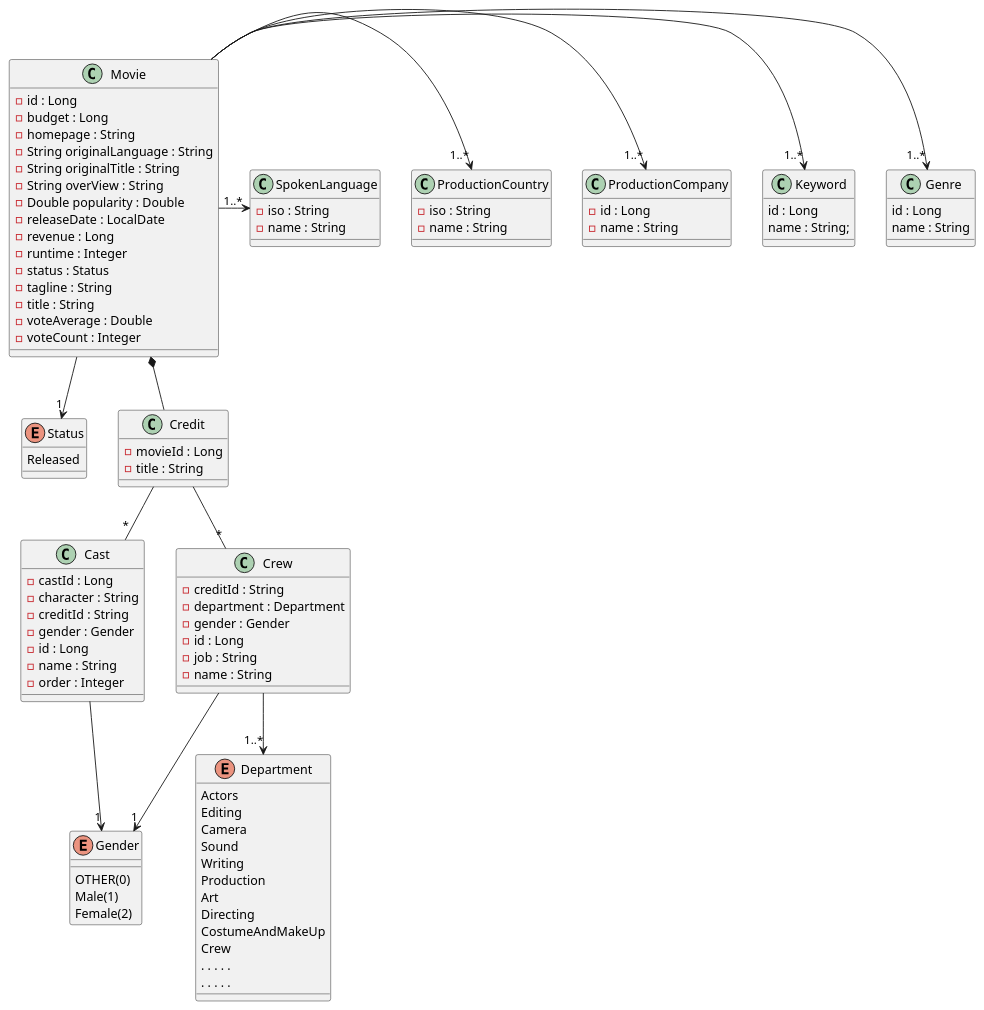
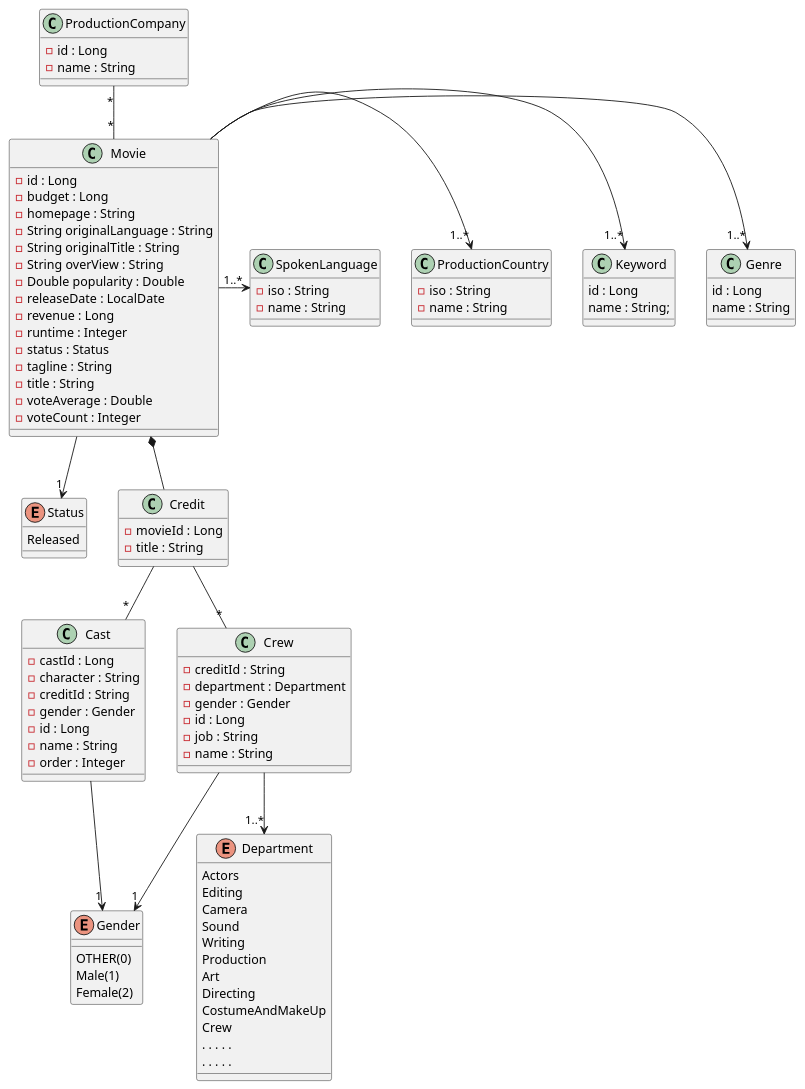
Before and after one commit to rimonmostafiz/fp-movies: the diagram in src/main/resources/class.puml, drawn with PlantUML. The commit also changed 4 other files, not shown here.

```diff
--- a/src/main/resources/class.puml
+++ b/src/main/resources/class.puml
@@ -1,110 +1,107 @@
 @startuml
-
 skinparam minClassWidth 50
 
 class Movie {
     - id : Long
     - budget : Long
     - homepage : String
     - String originalLanguage : String
     - String originalTitle : String
     - String overView : String
     - Double popularity : Double
     - releaseDate : LocalDate
     - revenue : Long
     - runtime : Integer
     - status : Status
     - tagline : String
     - title : String
     - voteAverage : Double
     - voteCount : Integer
 }
 
 class Genre {
     id : Long
     name : String
 }
 
 class Keyword {
     id : Long
     name : String;
 }
 
 enum Gender {
     OTHER(0)
     Male(1)
     Female(2)
 }
 
 class ProductionCompany {
     - id : Long
     - name : String
 }
 
 class ProductionCountry {
     - iso : String
     - name : String
 }
 
 class SpokenLanguage {
     - iso : String
     - name : String
 }
 
 enum Status {
     Released
 }
 
 class Credit {
     - movieId : Long
     - title : String
 }
 
 class Cast {
     - castId : Long
     - character : String
     - creditId : String
     - gender : Gender
     - id : Long
     - name : String
     - order : Integer
 }
 
 class Crew {
     - creditId : String
     - department : Department
     - gender : Gender
     - id : Long
     - job : String
     - name : String
 }
 
 enum Department {
     Actors
     Editing
     Camera
     Sound
     Writing
     Production
     Art
     Directing
     CostumeAndMakeUp
     Crew
     . . . . .
     . . . . .
 }
-
+ProductionCompany"*" -- "*" Movie
 Movie -> "1..*" Genre
 Movie -> "1..*" Keyword
-Movie -> "1..*" ProductionCompany
 Movie -> "1..*" ProductionCountry
 Movie -> "1..*" SpokenLanguage
 Movie *-- Credit
 Movie --> "1" Status
 Credit -- "*" Crew
 Credit -- "*" Cast
 Crew --> "1..*" Department
 Crew --> "1" Gender
 Cast --> "1" Gender
-
 @enduml
```
